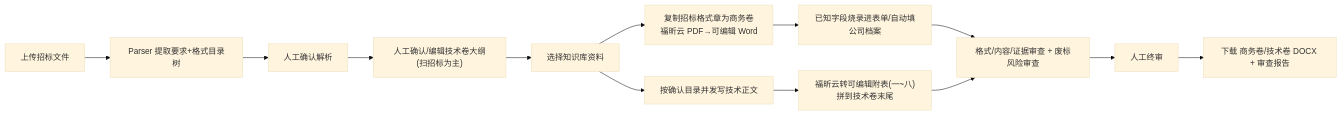
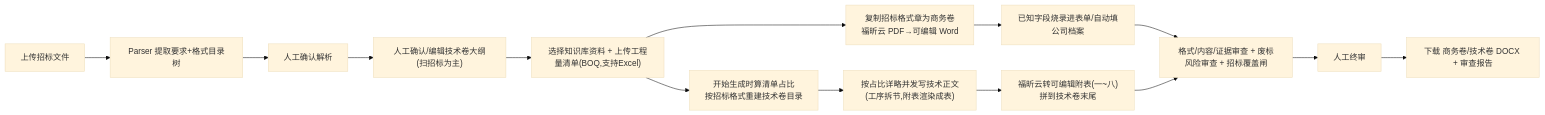
One commit to fakelilway/TenderDoc-Generator changed the diagram in minitasks.md. Above: the diagram before and after it, drawn with Mermaid (base theme). The commit also changed other lines of this file and 3 other files, not shown here.

````diff
--- a/minitasks.md
+++ b/minitasks.md
@@ -11,15 +11,16 @@
 ```mermaid
 flowchart LR
     A["上传招标文件"] --> B["Parser 提取要求+格式目录树"]
     B --> C["人工确认解析"]
     C --> C2["人工确认/编辑技术卷大纲(扫招标为主)"]
-    C2 --> D["选择知识库资料"]
+    C2 --> D["选择知识库资料 + 上传工程量清单(BOQ,支持Excel)"]
     D --> E["复制招标格式章为商务卷<br/>福昕云 PDF→可编辑 Word"]
     E --> F["已知字段烧录进表单/自动填公司档案"]
-    D --> G["按确认目录并发写技术正文"]
+    D --> G0["开始生成时算清单占比<br/>按招标格式重建技术卷目录"]
+    G0 --> G["按占比详略并发写技术正文(工序拆节,附表渲染成表)"]
     G --> G2["福昕云转可编辑附表(一~八)拼到技术卷末尾"]
-    F --> H["格式/内容/证据审查 + 废标风险审查"]
+    F --> H["格式/内容/证据审查 + 废标风险审查 + 招标覆盖闸"]
     G2 --> H
     H --> I["人工终审"]
     I --> J["下载 商务卷/技术卷 DOCX + 审查报告"]
 ```
````
